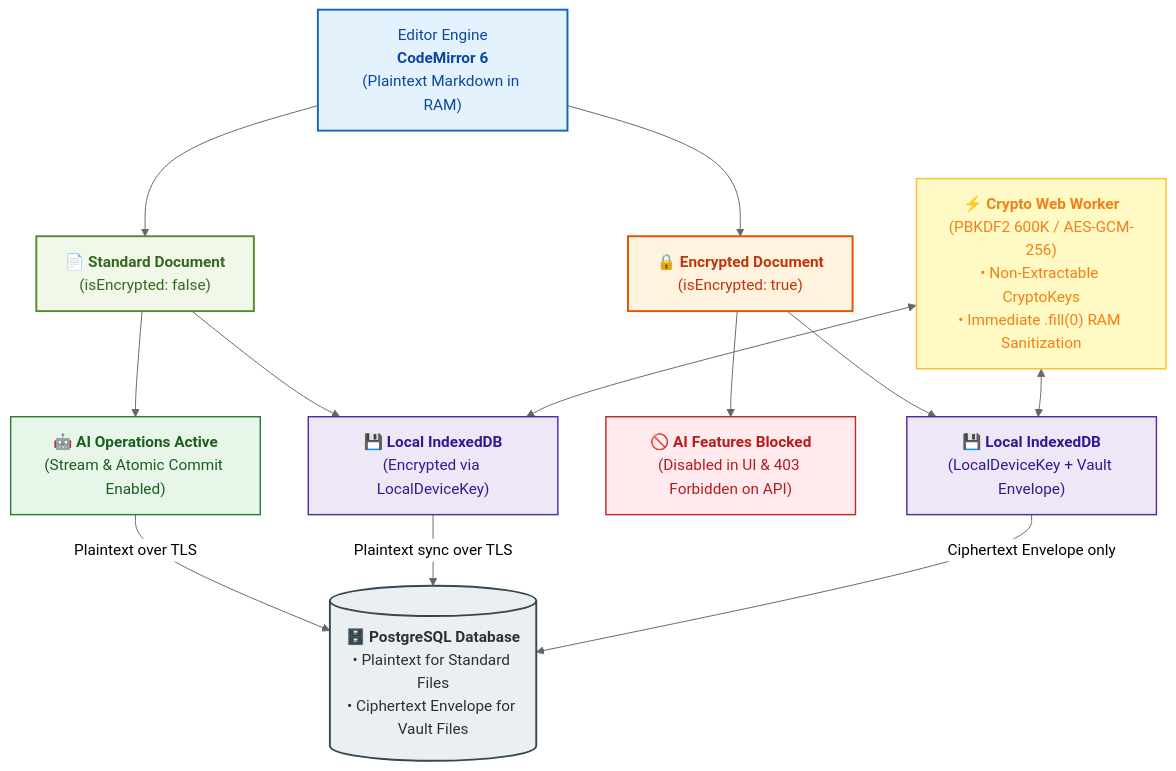
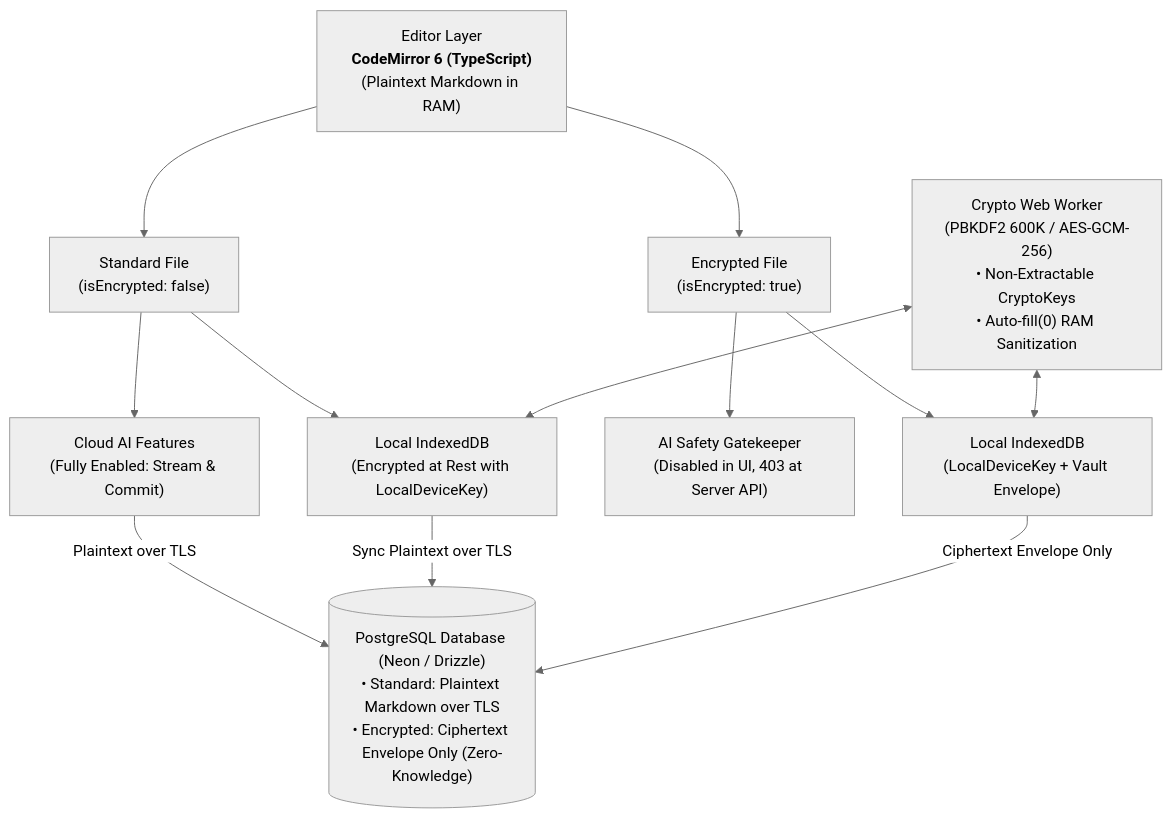
The first of 3 diagrams in docs/Plans/HYBRID_ENCRYPTION_AND_VAULT_PLAN.md (Abdullah931-stack/LUGX), drawn with Mermaid (neutral theme) before and after one commit. The commit also changed other lines of this file and 2 other files, not shown here.

First line of the commit message:
docs(plans): expand technical execution and migration roadmaps to 1:1 structural parity

````diff
--- a/docs/Plans/HYBRID_ENCRYPTION_AND_VAULT_PLAN.md
+++ b/docs/Plans/HYBRID_ENCRYPTION_AND_VAULT_PLAN.md
@@ -26,42 +26,32 @@
 ```mermaid
 flowchart TD
-    Editor["Editor Engine<br/><b>CodeMirror 6</b><br/>(Plaintext Markdown in RAM)"]
+    Editor["Editor Layer<br/><b>CodeMirror 6 (TypeScript)</b><br/>(Plaintext Markdown in RAM)"]
 
-    Standard["📄 <b>Standard Document</b><br/>(isEncrypted: false)"]
-    Vault["🔒 <b>Encrypted Document</b><br/>(isEncrypted: true)"]
+    Standard["Standard File<br/>(isEncrypted: false)"]
+    Vault["Encrypted File<br/>(isEncrypted: true)"]
 
     Editor --> Standard
     Editor --> Vault
 
-    AI_Active["🤖 <b>AI Operations Active</b><br/>(Stream & Atomic Commit Enabled)"]
-    IDB_Local["💾 <b>Local IndexedDB</b><br/>(Encrypted via LocalDeviceKey)"]
+    AI_Active["Cloud AI Features<br/>(Fully Enabled: Stream & Commit)"]
+    IDB_Local["Local IndexedDB<br/>(Encrypted at Rest with LocalDeviceKey)"]
 
     Standard --> AI_Active
     Standard --> IDB_Local
 
-    AI_Blocked["🚫 <b>AI Features Blocked</b><br/>(Disabled in UI & 403 Forbidden on API)"]
-    Vault_Storage["💾 <b>Local IndexedDB</b><br/>(LocalDeviceKey + Vault Envelope)"]
+    AI_Blocked["AI Safety Gatekeeper<br/>(Disabled in UI, 403 at Server API)"]
+    Vault_Storage["Local IndexedDB<br/>(LocalDeviceKey + Vault Envelope)"]
 
     Vault --> AI_Blocked
     Vault --> Vault_Storage
 
-    CloudDB[("🗄️ <b>PostgreSQL Database</b><br/>• Plaintext for Standard Files<br/>• Ciphertext Envelope for Vault Files")]
+    CloudDB[("PostgreSQL Database (Neon / Drizzle)<br/>• Standard: Plaintext Markdown over TLS<br/>• Encrypted: Ciphertext Envelope Only (Zero-Knowledge)")]
 
     AI_Active -- "Plaintext over TLS" --> CloudDB
-    IDB_Local -- "Plaintext sync over TLS" --> CloudDB
-    Vault_Storage -- "Ciphertext Envelope only" --> CloudDB
+    IDB_Local -- "Sync Plaintext over TLS" --> CloudDB
+    Vault_Storage -- "Ciphertext Envelope Only" --> CloudDB
 
-    Worker["⚡ <b>Crypto Web Worker</b><br/>(PBKDF2 600K / AES-GCM-256)<br/>• Non-Extractable CryptoKeys<br/>• Immediate .fill(0) RAM Sanitization"]
+    Worker["Crypto Web Worker<br/>(PBKDF2 600K / AES-GCM-256)<br/>• Non-Extractable CryptoKeys<br/>• Auto-fill(0) RAM Sanitization"]
     Worker <--> IDB_Local
     Worker <--> Vault_Storage
-
-    style Editor fill:#E3F2FD,stroke:#1565C0,stroke-width:2px,color:#0D47A1
-    style Standard fill:#F1F8E9,stroke:#558B2F,stroke-width:2px,color:#33691E
-    style Vault fill:#FFF3E0,stroke:#E65100,stroke-width:2px,color:#BF360C
-    style AI_Active fill:#E8F5E9,stroke:#2E7D32,stroke-width:1.5px,color:#1B5E20
-    style IDB_Local fill:#EDE7F6,stroke:#512DA8,stroke-width:1.5px,color:#311B92
-    style Vault_Storage fill:#EDE7F6,stroke:#512DA8,stroke-width:1.5px,color:#311B92
-    style AI_Blocked fill:#FFEBEE,stroke:#C62828,stroke-width:1.5px,color:#B71C1C
-    style CloudDB fill:#ECEFF1,stroke:#37474F,stroke-width:2px,color:#263238
-    style Worker fill:#FFF9C4,stroke:#FBC02D,stroke-width:1.5px,color:#F57F17
 ```
````
